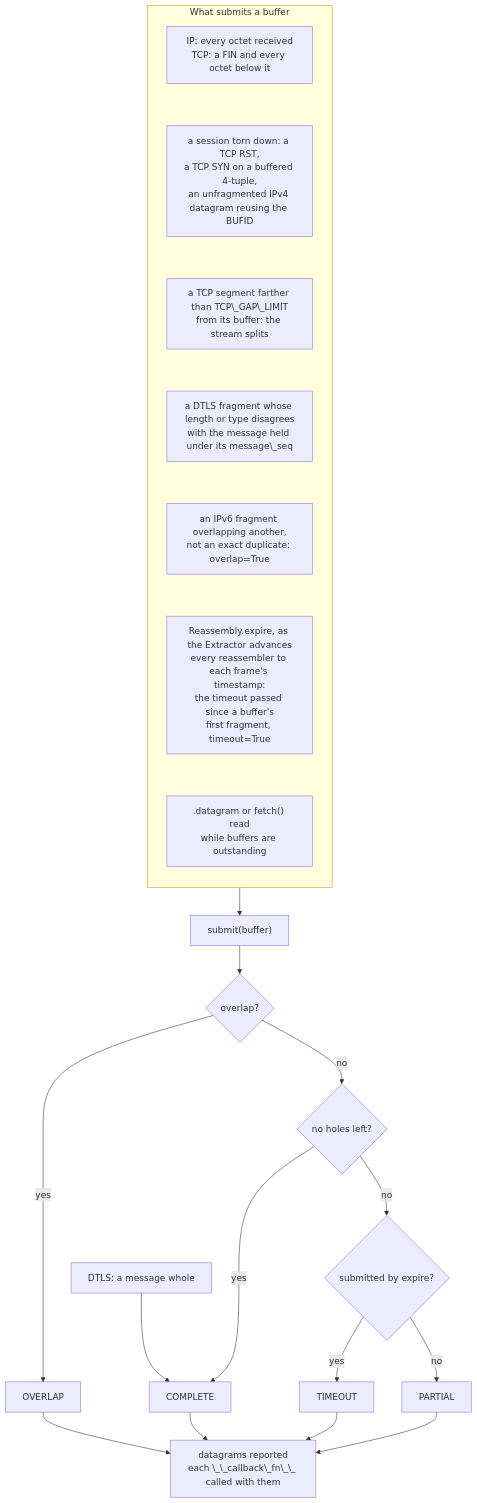
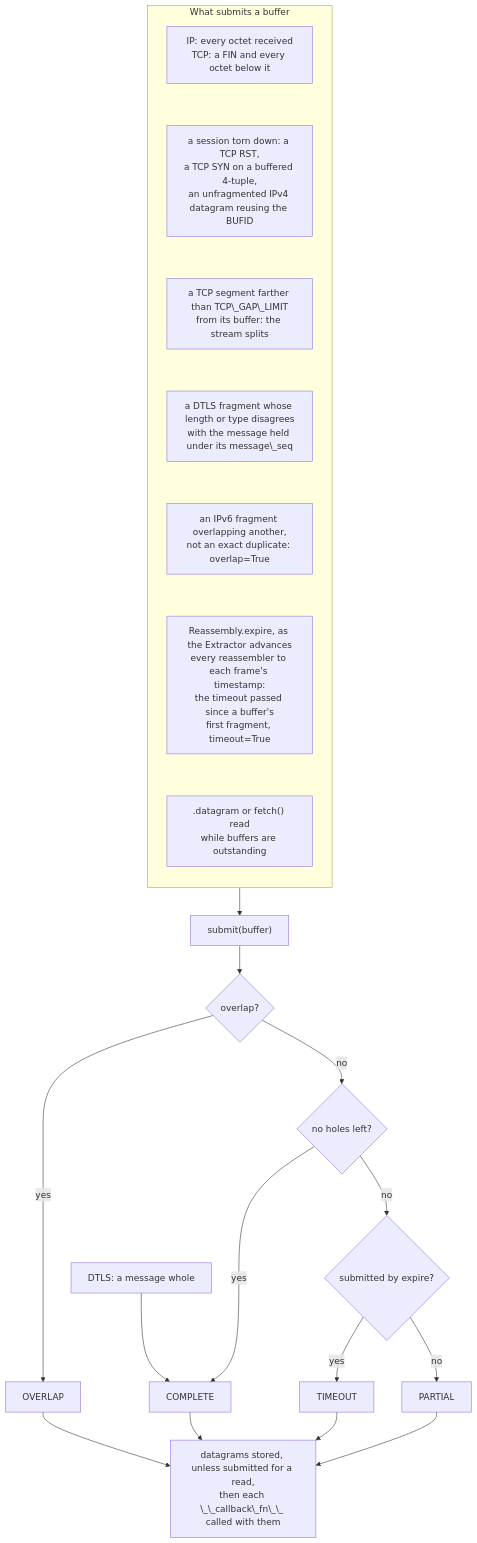
Before and after one commit to JarryShaw/PyPCAPKit: the second of 2 diagrams in docs/source/pcapkit/foundation/reassembly/index.rst, drawn with Mermaid. The commit also changed 7 other files, not shown here.

```diff
--- a/docs/source/pcapkit/foundation/reassembly/index.rst
+++ b/docs/source/pcapkit/foundation/reassembly/index.rst
@@ -70,43 +70,43 @@
 .. mermaid::
 
    flowchart TD
        subgraph trig ["What submits a buffer"]
            direction TB
            T1["IP: every octet received<br/>TCP: a FIN and every octet below it"]
            T2["a session torn down: a TCP RST,<br/>a TCP SYN on a buffered 4-tuple,<br/>an unfragmented IPv4 datagram reusing the BUFID"]
            T3["a TCP segment farther than TCP\_GAP\_LIMIT<br/>from its buffer: the stream splits"]
            T4["a DTLS fragment whose length or type disagrees<br/>with the message held under its message\_seq"]
            T5["an IPv6 fragment overlapping another,<br/>not an exact duplicate: overlap=True"]
            T6["Reassembly.expire, as the Extractor advances<br/>every reassembler to each frame's timestamp:<br/>the timeout passed since a buffer's<br/>first fragment, timeout=True"]
            T7[".datagram or fetch() read<br/>while buffers are outstanding"]
            T1 ~~~ T2 ~~~ T3 ~~~ T4 ~~~ T5 ~~~ T6 ~~~ T7
        end
        T1D["DTLS: a message whole"]
        SUB["submit(buffer)"]
        Q1{"overlap?"}
        Q2{"no holes left?"}
        Q3{"submitted by expire?"}
        OV["OVERLAP"]
        CO["COMPLETE"]
        TO["TIMEOUT"]
        PA["PARTIAL"]
-       CB["datagrams reported<br/>each \_\_callback\_fn\_\_ called with them"]
+       CB["datagrams stored, unless submitted for a read,<br/>then each \_\_callback\_fn\_\_ called with them"]
 
        trig --> SUB
        T1D --> CO
        SUB --> Q1
        Q1 -->|yes| OV
        Q1 -->|no| Q2
        Q2 -->|yes| CO
        Q2 -->|no| Q3
        Q3 -->|yes| TO
        Q3 -->|no| PA
        OV & CO & TO & PA --> CB
 
        click SUB "reassembly.html#pcapkit.foundation.reassembly.reassembly.Reassembly.submit"
        click T6 "reassembly.html#pcapkit.foundation.reassembly.reassembly.Reassembly.expire"
        click T7 "reassembly.html#pcapkit.foundation.reassembly.reassembly.Reassembly.fetch"
        click OV "index.html#pcapkit.foundation.reassembly.data.data.Completion.OVERLAP"
        click CO "index.html#pcapkit.foundation.reassembly.data.data.Completion.COMPLETE"
        click TO "index.html#pcapkit.foundation.reassembly.data.data.Completion.TIMEOUT"
        click PA "index.html#pcapkit.foundation.reassembly.data.data.Completion.PARTIAL"
```
